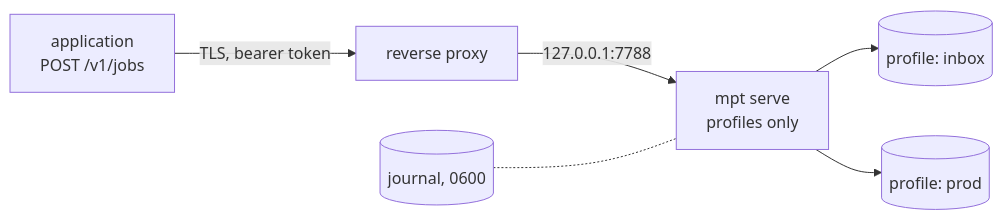
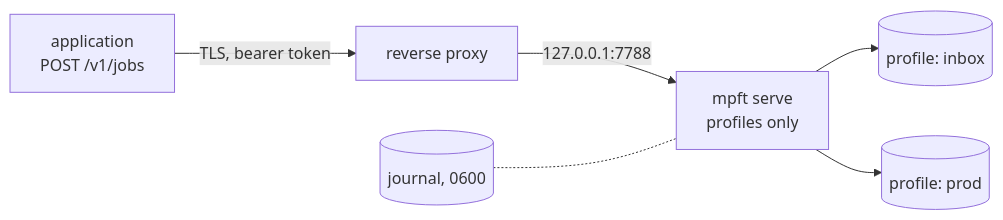
Before and after one commit to manuelbusch/mpft: the fourth of 6 diagrams in user_guide/src/server/deployment.md, drawn with Mermaid. The commit also changed other lines of this file and 108 other files, not shown here.

````diff
--- a/user_guide/src/server/deployment.md
+++ b/user_guide/src/server/deployment.md
@@ -75,8 +75,8 @@
 ```mermaid
 flowchart LR
     App[application<br/>POST /v1/jobs] -- "TLS, bearer token" --> Px[reverse proxy]
-    Px -- "127.0.0.1:7788" --> Srv[mpt serve<br/>profiles only]
+    Px -- "127.0.0.1:7788" --> Srv[mpft serve<br/>profiles only]
     Srv --> X[(profile: inbox)]
     Srv --> Y[(profile: prod)]
     J[(journal, 0600)] -.- Srv
 ```
````
